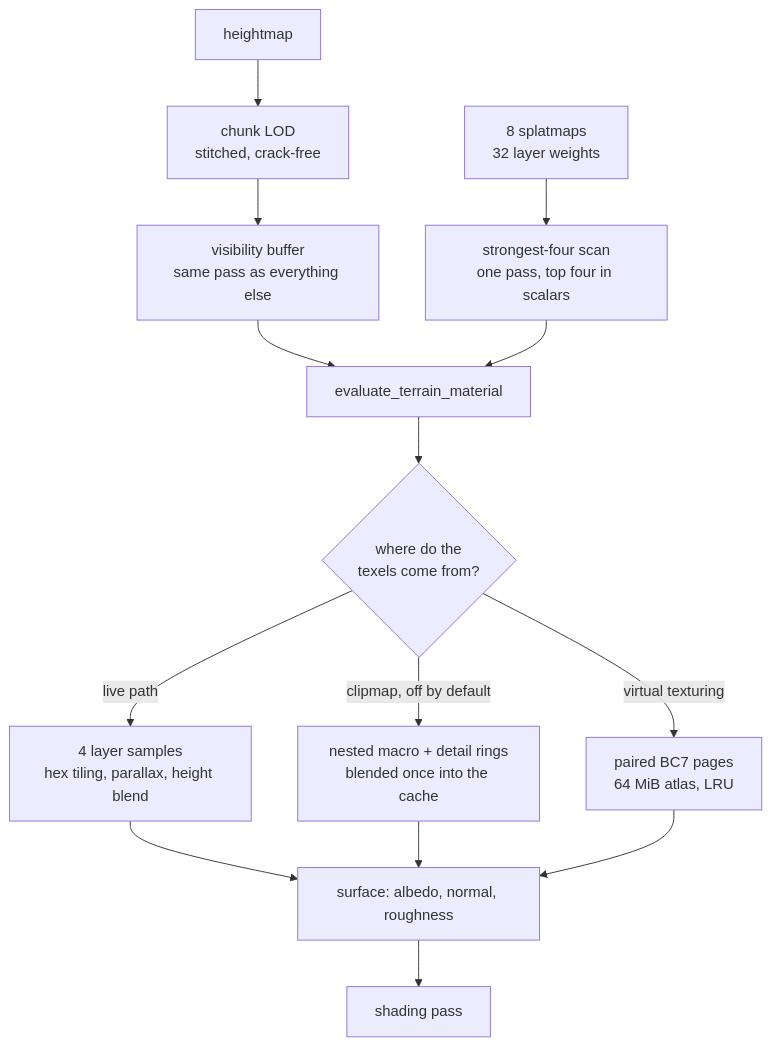
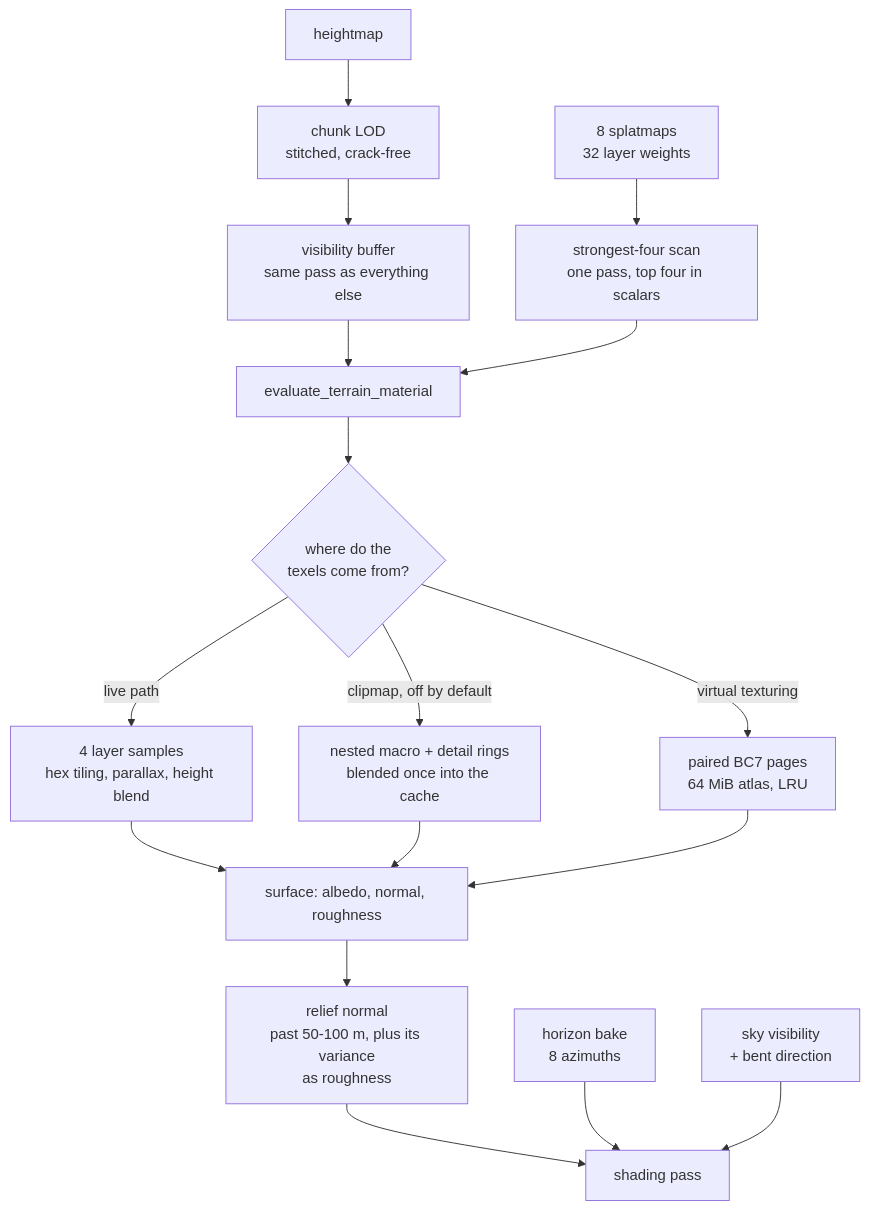
Diagram 13 of 25 in context.md (ReanSchwarzer1/SomniumEngine), drawn with Mermaid before and after one commit. The commit also changed other lines of this file and 4 other files, not shown here.

````diff
--- a/context.md
+++ b/context.md
@@ -955,16 +1011,19 @@
 ```mermaid
 flowchart TB
     HM["heightmap"] --> CHUNK["chunk LOD<br/>stitched, crack-free"]
     CHUNK --> VIS["visibility buffer<br/>same pass as everything else"]
     VIS --> EVAL["evaluate_terrain_material"]
     SPLAT["8 splatmaps<br/>32 layer weights"] --> SCAN["strongest-four scan<br/>one pass, top four in scalars"]
     SCAN --> EVAL
     EVAL --> SRC{"where do the<br/>texels come from?"}
     SRC -->|"live path"| LAYERS["4 layer samples<br/>hex tiling, parallax, height blend"]
     SRC -->|"clipmap, off by default"| CLIP["nested macro + detail rings<br/>blended once into the cache"]
     SRC -->|"virtual texturing"| VT["paired BC7 pages<br/>64 MiB atlas, LRU"]
     LAYERS --> OUT["surface: albedo, normal, roughness"]
     CLIP --> OUT
     VT --> OUT
-    OUT --> SHADE["shading pass"]
+    OUT --> RELIEF["relief normal<br/>past 50-100 m, plus its variance<br/>as roughness"]
+    RELIEF --> SHADE["shading pass"]
+    HZ["horizon bake<br/>8 azimuths"] --> SHADE
+    SV["sky visibility<br/>+ bent direction"] --> SHADE
 ```
````
